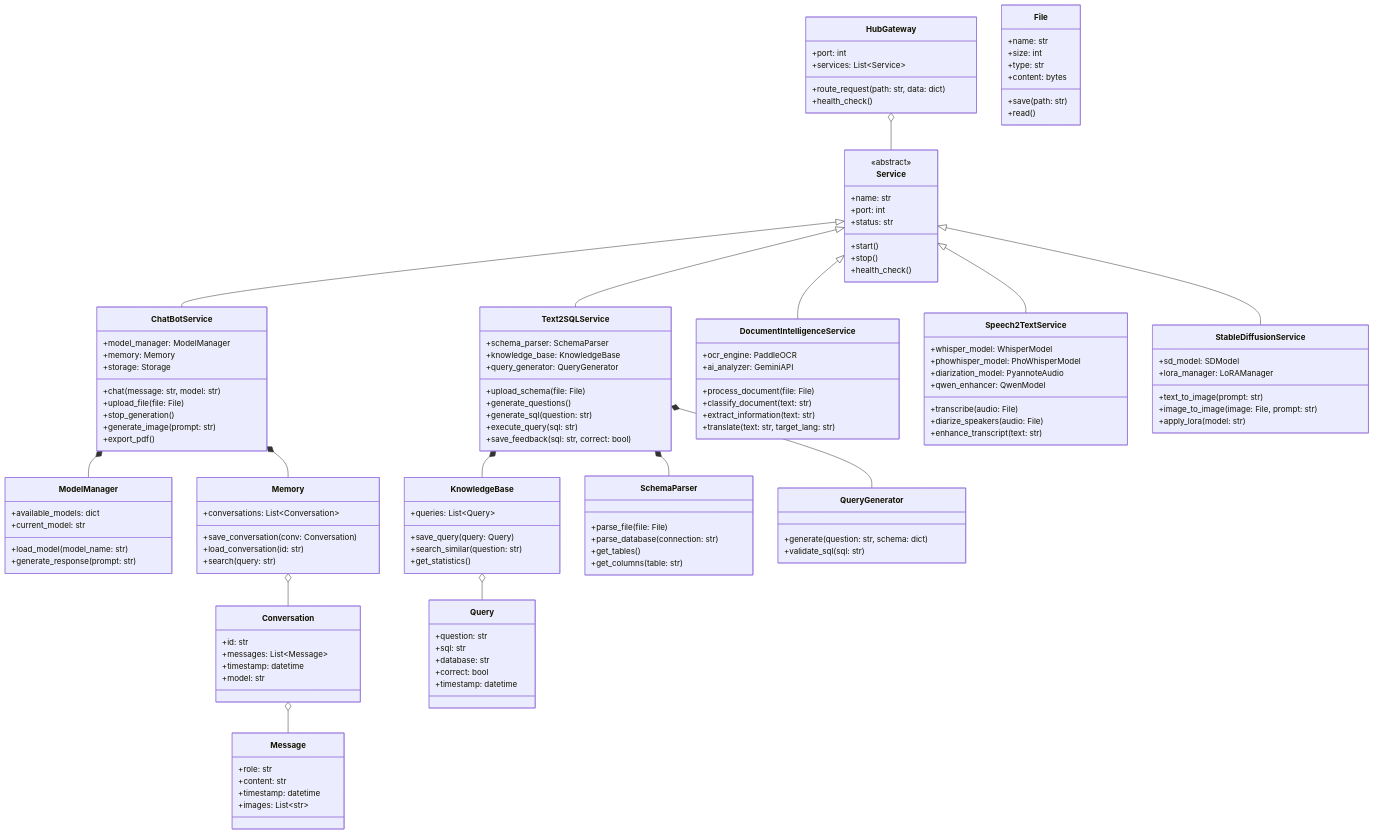
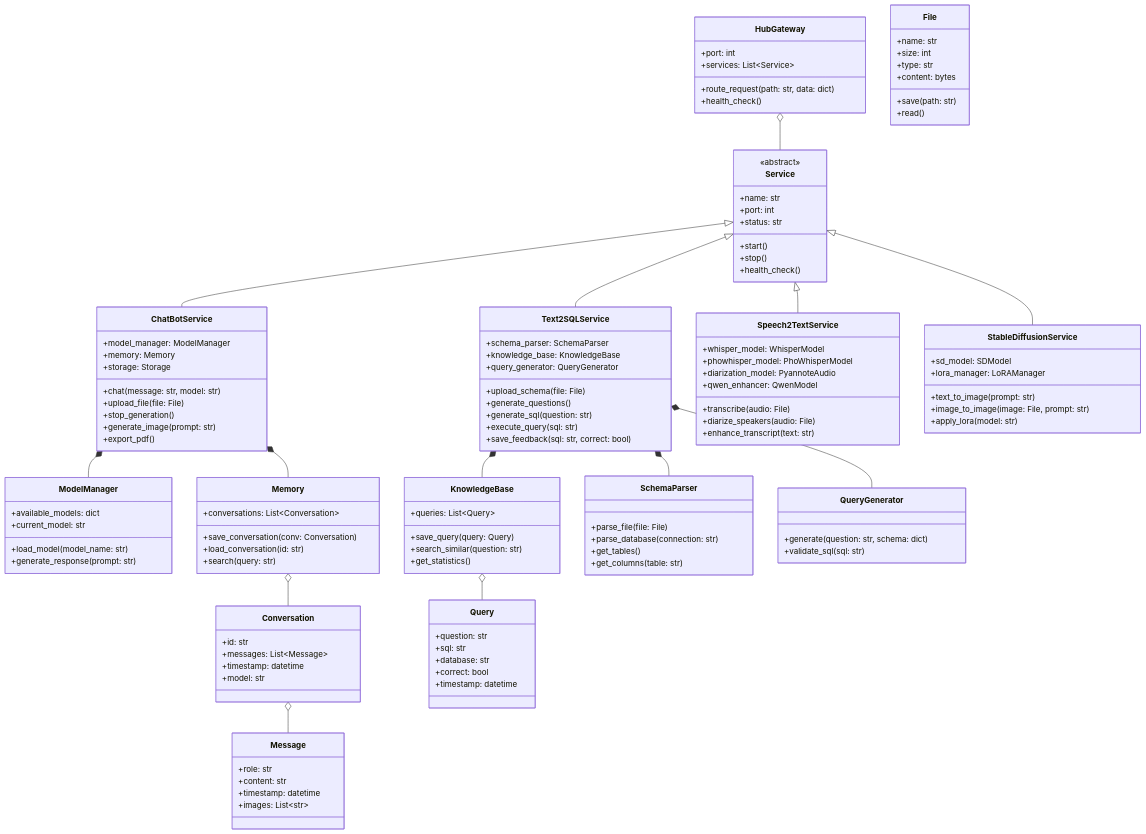
One commit to SkastVnT/AI-Assistant changed the diagram in diagram/02_class_diagram.md. Above: the diagram before and after it, drawn with Mermaid. The commit also changed other lines of this file and 4 other files, not shown here.

First line of the commit message:
docs(diagram): update all diagrams to reflect 4 core services architecture

```diff
--- a/diagram/02_class_diagram.md
+++ b/diagram/02_class_diagram.md
@@ -56,15 +56,6 @@
         +generate_sql(question: str)
         +execute_query(sql: str)
         +save_feedback(sql: str, correct: bool)
-    }
-    
-    class DocumentIntelligenceService {
-        +ocr_engine: PaddleOCR
-        +ai_analyzer: GeminiAPI
-        +process_document(file: File)
-        +classify_document(text: str)
-        +extract_information(text: str)
-        +translate(text: str, target_lang: str)
     }
     
     class Speech2TextService {
@@ -152,7 +143,6 @@
     HubGateway o-- Service
     Service <|-- ChatBotService
     Service <|-- Text2SQLService
-    Service <|-- DocumentIntelligenceService
     Service <|-- Speech2TextService
     Service <|-- StableDiffusionService
     
```
